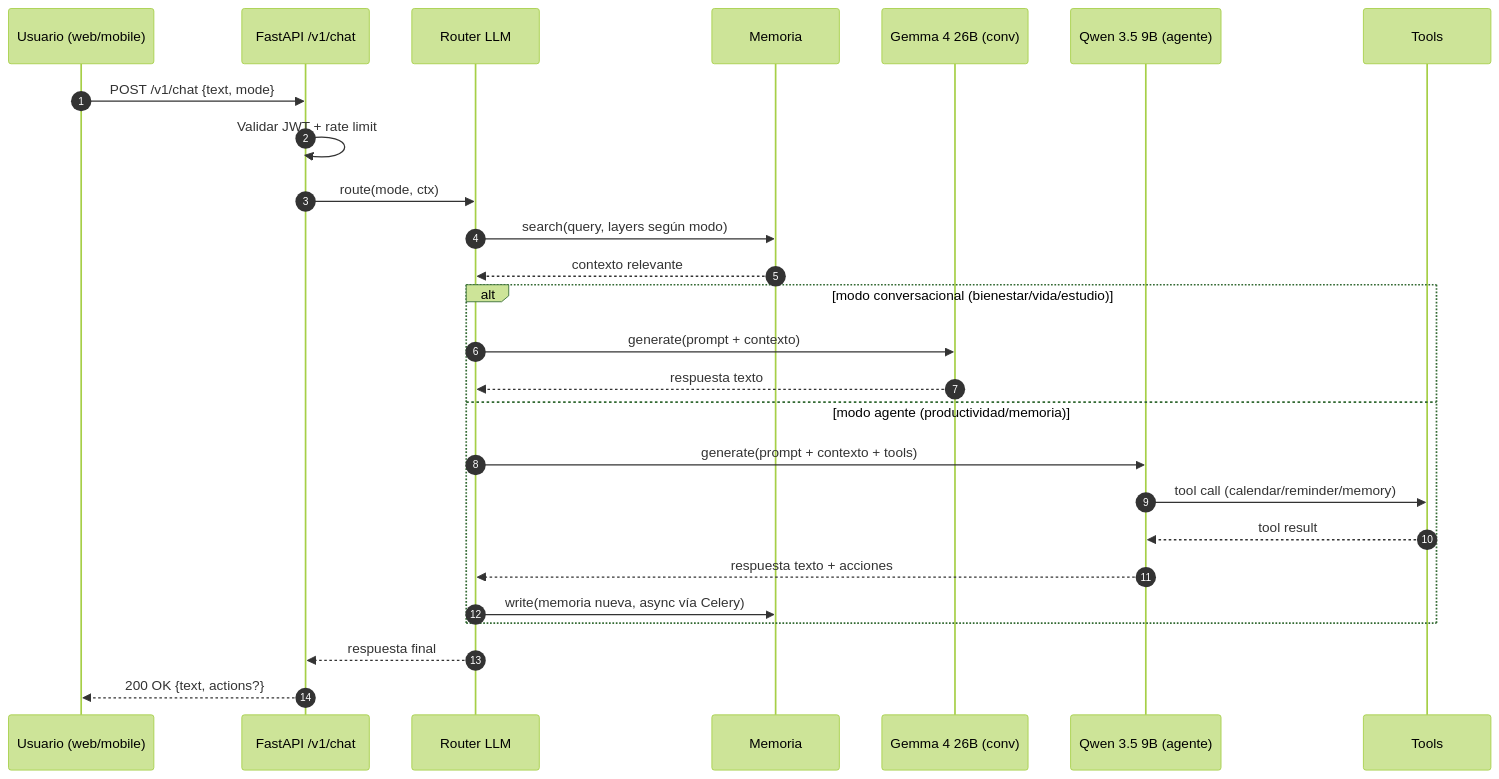
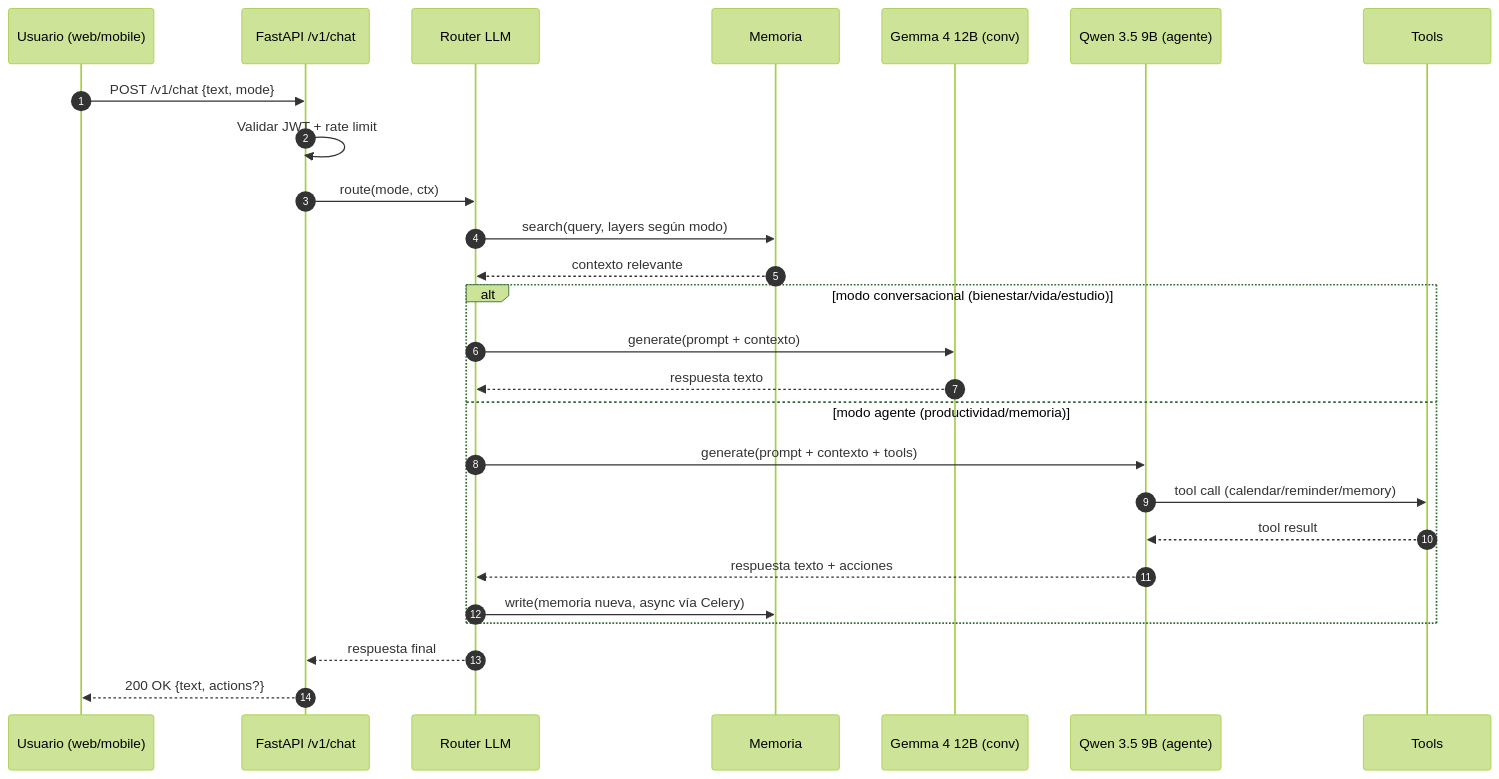
Before and after one commit to BriarDevv/Ynara: the diagram in docs/architecture/diagrams/flow-mensaje.md, drawn with Mermaid (forest theme). The commit also changed 9 other files, not shown here.

````diff
--- a/docs/architecture/diagrams/flow-mensaje.md
+++ b/docs/architecture/diagrams/flow-mensaje.md
@@ -5,29 +5,29 @@
 ```mermaid
 sequenceDiagram
     autonumber
     participant U as Usuario (web/mobile)
     participant API as FastAPI /v1/chat
     participant R as Router LLM
     participant M as Memoria
-    participant G as Gemma 4 26B (conv)
+    participant G as Gemma 4 12B (conv)
     participant Q as Qwen 3.5 9B (agente)
     participant T as Tools
 
     U->>API: POST /v1/chat {text, mode}
     API->>API: Validar JWT + rate limit
     API->>R: route(mode, ctx)
     R->>M: search(query, layers según modo)
     M-->>R: contexto relevante
     alt modo conversacional (bienestar/vida/estudio)
         R->>G: generate(prompt + contexto)
         G-->>R: respuesta texto
     else modo agente (productividad/memoria)
         R->>Q: generate(prompt + contexto + tools)
         Q->>T: tool call (calendar/reminder/memory)
         T-->>Q: tool result
         Q-->>R: respuesta texto + acciones
         R->>M: write(memoria nueva, async vía Celery)
     end
     R-->>API: respuesta final
     API-->>U: 200 OK {text, actions?}
 ```
````
